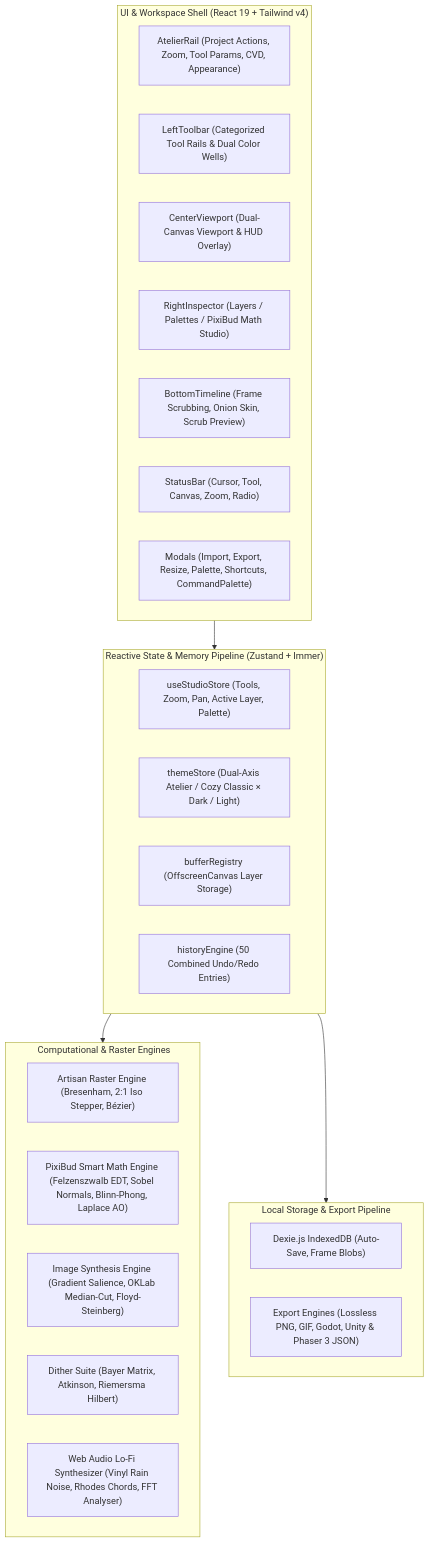
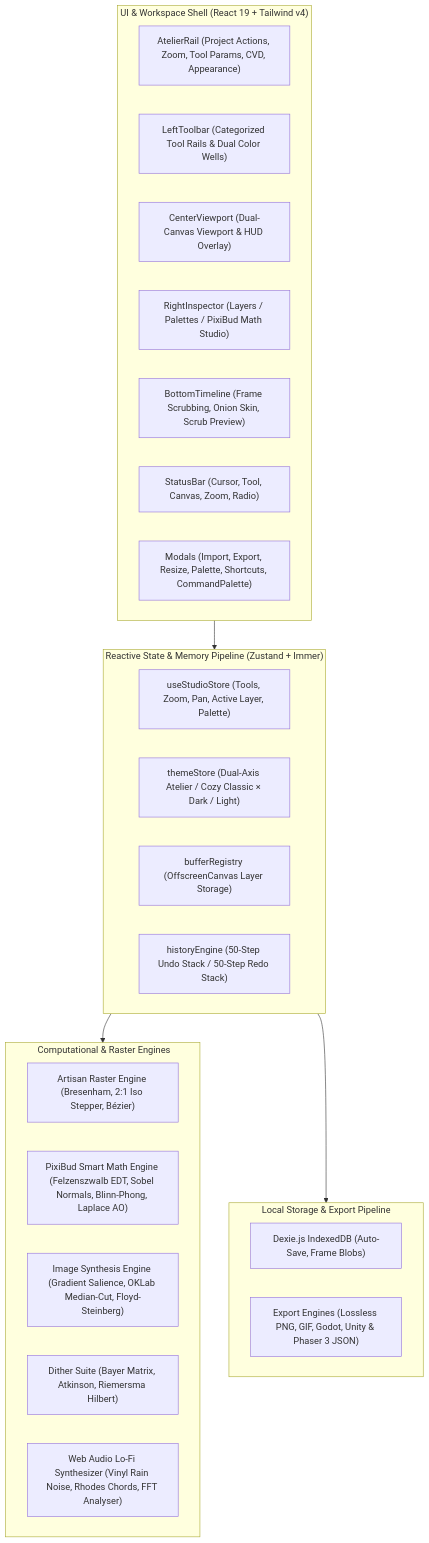
Before and after one commit to lxcario/PixiBun: the first of 7 diagrams in ARCHITECTURE.md, drawn with Mermaid. The commit also changed other lines of this file and 10 other files, not shown here.

````diff
--- a/ARCHITECTURE.md
+++ b/ARCHITECTURE.md
@@ -17,36 +17,36 @@
 ```mermaid
 graph TD
     subgraph UI_Layer [" UI & Workspace Shell (React 19 + Tailwind v4)"]
         AtelierRail["AtelierRail (Project Actions, Zoom, Tool Params, CVD, Appearance)"]
         LeftRail["LeftToolbar (Categorized Tool Rails & Dual Color Wells)"]
         ViewportShell["CenterViewport (Dual-Canvas Viewport & HUD Overlay)"]
         RightStudio["RightInspector (Layers / Palettes / PixiBud Math Studio)"]
         TimelineDock["BottomTimeline (Frame Scrubbing, Onion Skin, Scrub Preview)"]
         StatusBar["StatusBar (Cursor, Tool, Canvas, Zoom, Radio)"]
         Modals["Modals (Import, Export, Resize, Palette, Shortcuts, CommandPalette)"]
     end
 
     subgraph State_Layer [" Reactive State & Memory Pipeline (Zustand + Immer)"]
         Store["useStudioStore (Tools, Zoom, Pan, Active Layer, Palette)"]
         Theme["themeStore (Dual-Axis Atelier / Cozy Classic × Dark / Light)"]
         BufferReg["bufferRegistry (OffscreenCanvas Layer Storage)"]
-        UndoRedo["historyEngine (50 Combined Undo/Redo Entries)"]
+        UndoRedo["historyEngine (50-Step Undo Stack / 50-Step Redo Stack)"]
     end
 
     subgraph Core_Engines ["️ Computational & Raster Engines"]
         RasterCore["Artisan Raster Engine (Bresenham, 2:1 Iso Stepper, Bézier)"]
         MathCore["PixiBud Smart Math Engine (Felzenszwalb EDT, Sobel Normals, Blinn-Phong, Laplace AO)"]
         PixelizeCore["Image Synthesis Engine (Gradient Salience, OKLab Median-Cut, Floyd-Steinberg)"]
         DitherCore["Dither Suite (Bayer Matrix, Atkinson, Riemersma Hilbert)"]
         AudioCore["Web Audio Lo-Fi Synthesizer (Vinyl Rain Noise, Rhodes Chords, FFT Analyser)"]
     end
 
     subgraph Storage_Layer [" Local Storage & Export Pipeline"]
         DexieDB["Dexie.js IndexedDB (Auto-Save, Frame Blobs)"]
         Exporter["Export Engines (Lossless PNG, GIF, Godot, Unity & Phaser 3 JSON)"]
     end
 
     UI_Layer --> State_Layer
     State_Layer --> Core_Engines
     State_Layer --> Storage_Layer
 ```
````
